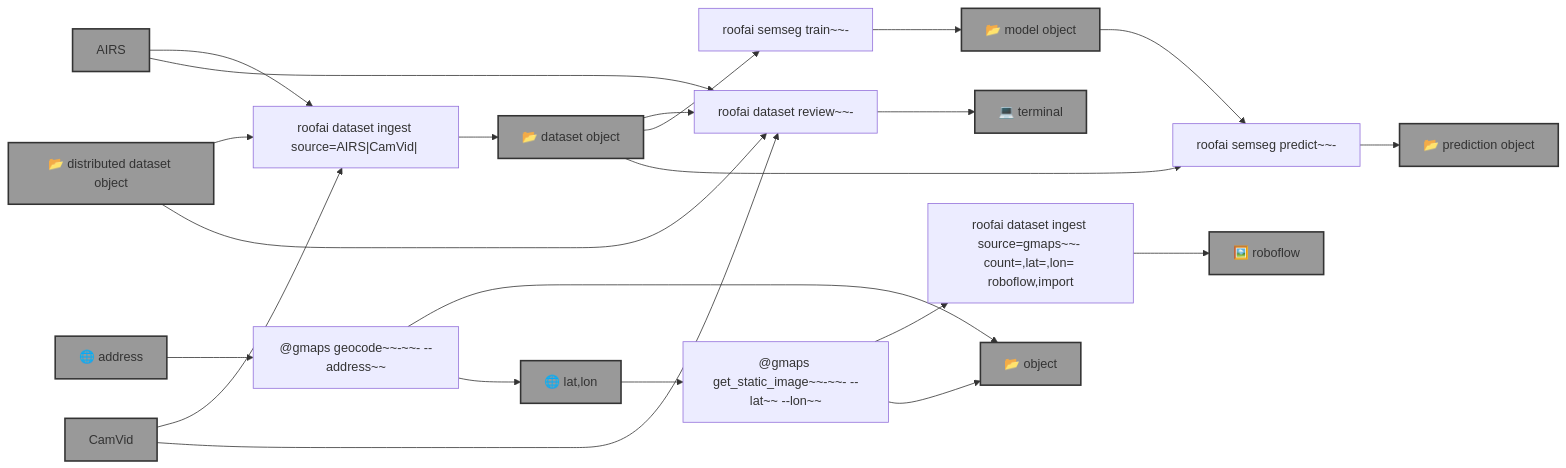
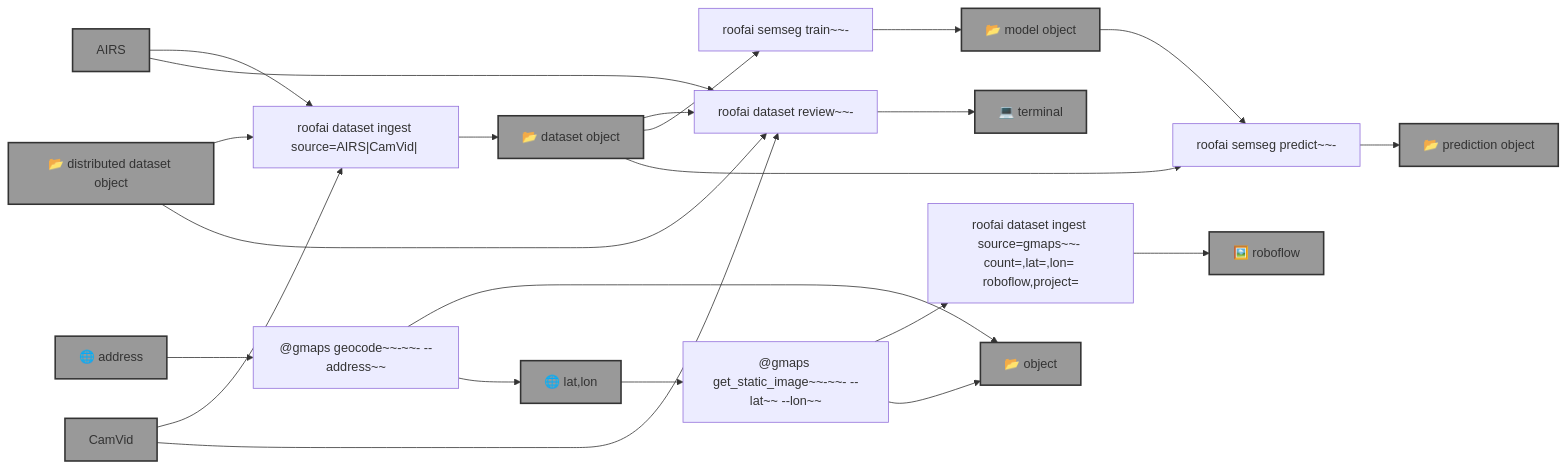
The diagram in template.md (kamangir/roofai), drawn with Mermaid before and after one commit. The commit also changed 2 other files, not shown here.

Commit message:
doc++ - kamangir/bolt#746 - no-workflow 🪄

````diff
--- a/template.md
+++ b/template.md
@@ -9,58 +9,58 @@
 ```mermaid
 graph LR
     dataset_ingest["roofai dataset ingest source=AIRS|CamVid|<distributed-dataset> <dataset-object-name>"]
 
     dataset_review["roofai dataset review~~- <dataset-object-name>"]
 
     semseg_train["roofai semseg train~~- <dataset-object-name> <model-object-name>"]
 
     semseg_predict["roofai semseg predict~~- <model-object-name> <dataset-object-name> <prediction-object-name>"]
 
     gmaps_get_static_image["@gmaps get_static_image~~-~~- --lat~~<lat> --lon~~<lon>"]
 
     gmaps_geocode["@gmaps geocode~~-~~- --address~~<address>"]
 
-    dataset_ingest_gmaps["roofai dataset ingest source=gmaps~~- count=<count>,lat=<lat>,lon=<lon> roboflow,import"]
+    dataset_ingest_gmaps["roofai dataset ingest source=gmaps~~- count=<count>,lat=<lat>,lon=<lon> roboflow,project=<project-name>"]
 
     address["🌐 address"]:::folder
     lat_lon["🌐 lat,lon"]:::folder
     AIRS["AIRS"]:::folder
     CamVid["CamVid"]:::folder
     dataset_object_name["📂 dataset object"]:::folder
     distributed_dataset_object_name["📂 distributed dataset object"]:::folder
     model_object_name["📂 model object"]:::folder
     prediction_object_name["📂 prediction object"]:::folder
     object_name["📂 object"]:::folder
     terminal["💻 terminal"]:::folder
     roboflow["🖼️ roboflow"]:::folder
 
     distributed_dataset_object_name --> dataset_ingest
     AIRS --> dataset_ingest
     CamVid --> dataset_ingest
     dataset_ingest --> dataset_object_name
 
     gmaps_get_static_image --> dataset_ingest_gmaps
     dataset_ingest_gmaps --> roboflow
 
     AIRS --> dataset_review
     distributed_dataset_object_name --> dataset_review
     CamVid --> dataset_review
     dataset_object_name --> dataset_review
     dataset_review --> terminal
 
     dataset_object_name --> semseg_train
     semseg_train --> model_object_name
 
     model_object_name --> semseg_predict
     dataset_object_name --> semseg_predict
     semseg_predict --> prediction_object_name
 
     lat_lon --> gmaps_get_static_image
     gmaps_get_static_image --> object_name
 
     address --> gmaps_geocode
     gmaps_geocode --> object_name
     gmaps_geocode --> lat_lon
 
     classDef folder fill:#999,stroke:#333,stroke-width:2px;
 ```
````
